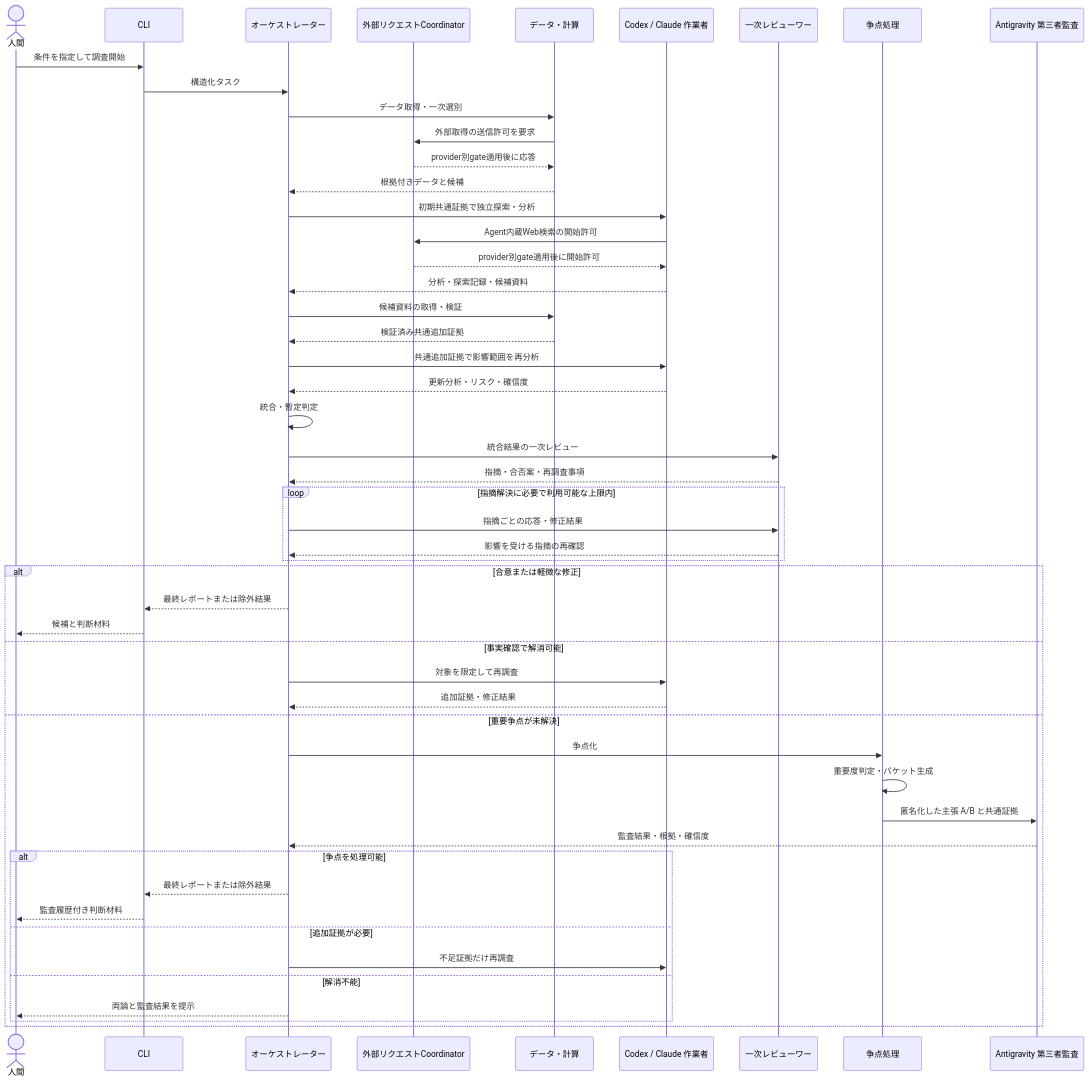
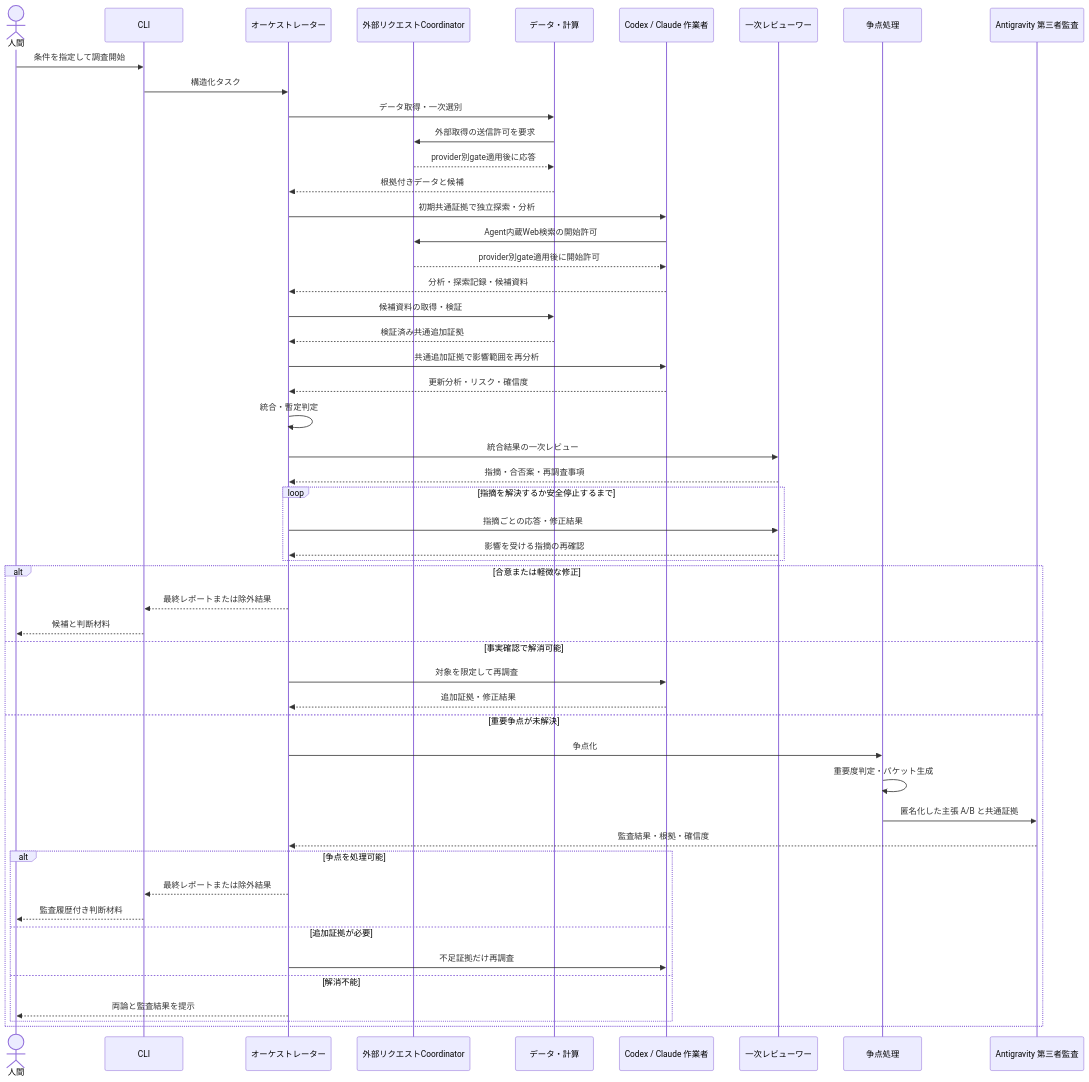
One commit to toike08D17012/system-trade-with-llm-orchestrator changed the third of 10 diagrams in docs/design/03-stock-research-system-architecture.md. Above: the diagram before and after it, drawn with Mermaid. The commit also changed other lines of this file and 4 other files, not shown here.

````diff
--- a/docs/design/03-stock-research-system-architecture.md
+++ b/docs/design/03-stock-research-system-architecture.md
@@ -324,55 +324,55 @@
 ```mermaid
 sequenceDiagram
     actor Human as 人間
     participant CLI as CLI
     participant Orch as オーケストレーター
     participant Coord as 外部リクエストCoordinator
     participant Data as データ・計算
     participant Workers as Codex / Claude 作業者
     participant Reviewer as 一次レビューワー
     participant Dispute as 争点処理
     participant Antigravity as Antigravity 第三者監査
 
     Human->>CLI: 条件を指定して調査開始
     CLI->>Orch: 構造化タスク
     Orch->>Data: データ取得・一次選別
     Data->>Coord: 外部取得の送信許可を要求
     Coord-->>Data: provider別gate適用後に応答
     Data-->>Orch: 根拠付きデータと候補
     Orch->>Workers: 初期共通証拠で独立探索・分析
     Workers->>Coord: Agent内蔵Web検索の開始許可
     Coord-->>Workers: provider別gate適用後に開始許可
     Workers-->>Orch: 分析・探索記録・候補資料
     Orch->>Data: 候補資料の取得・検証
     Data-->>Orch: 検証済み共通追加証拠
     Orch->>Workers: 共通追加証拠で影響範囲を再分析
     Workers-->>Orch: 更新分析・リスク・確信度
     Orch->>Orch: 統合・暫定判定
     Orch->>Reviewer: 統合結果の一次レビュー
     Reviewer-->>Orch: 指摘・合否案・再調査事項
-    loop 指摘解決に必要で利用可能な上限内
+    loop 指摘を解決するか安全停止するまで
         Orch->>Reviewer: 指摘ごとの応答・修正結果
         Reviewer-->>Orch: 影響を受ける指摘の再確認
     end
 
     alt 合意または軽微な修正
         Orch-->>CLI: 最終レポートまたは除外結果
         CLI-->>Human: 候補と判断材料
     else 事実確認で解消可能
         Orch->>Workers: 対象を限定して再調査
         Workers-->>Orch: 追加証拠・修正結果
     else 重要争点が未解決
         Orch->>Dispute: 争点化
         Dispute->>Dispute: 重要度判定・パケット生成
         Dispute->>Antigravity: 匿名化した主張 A/B と共通証拠
         Antigravity-->>Orch: 監査結果・根拠・確信度
         alt 争点を処理可能
             Orch-->>CLI: 最終レポートまたは除外結果
             CLI-->>Human: 監査履歴付き判断材料
         else 追加証拠が必要
             Orch->>Workers: 不足証拠だけ再調査
         else 解消不能
             Orch-->>Human: 両論と監査結果を提示
         end
     end
 ```
````
